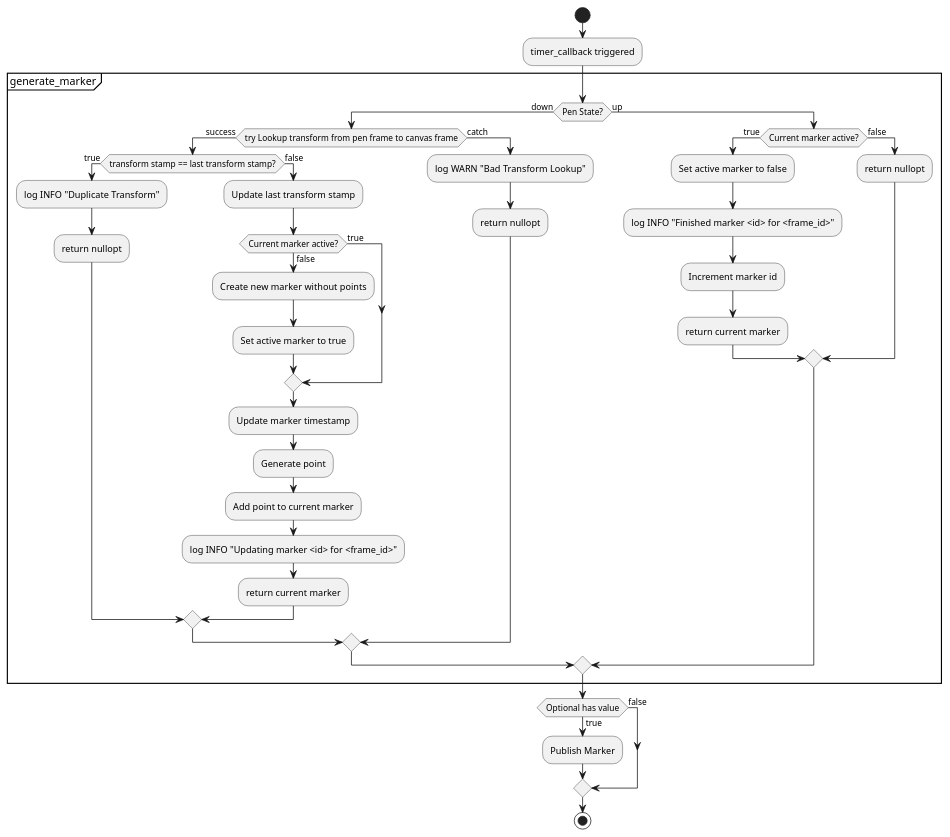
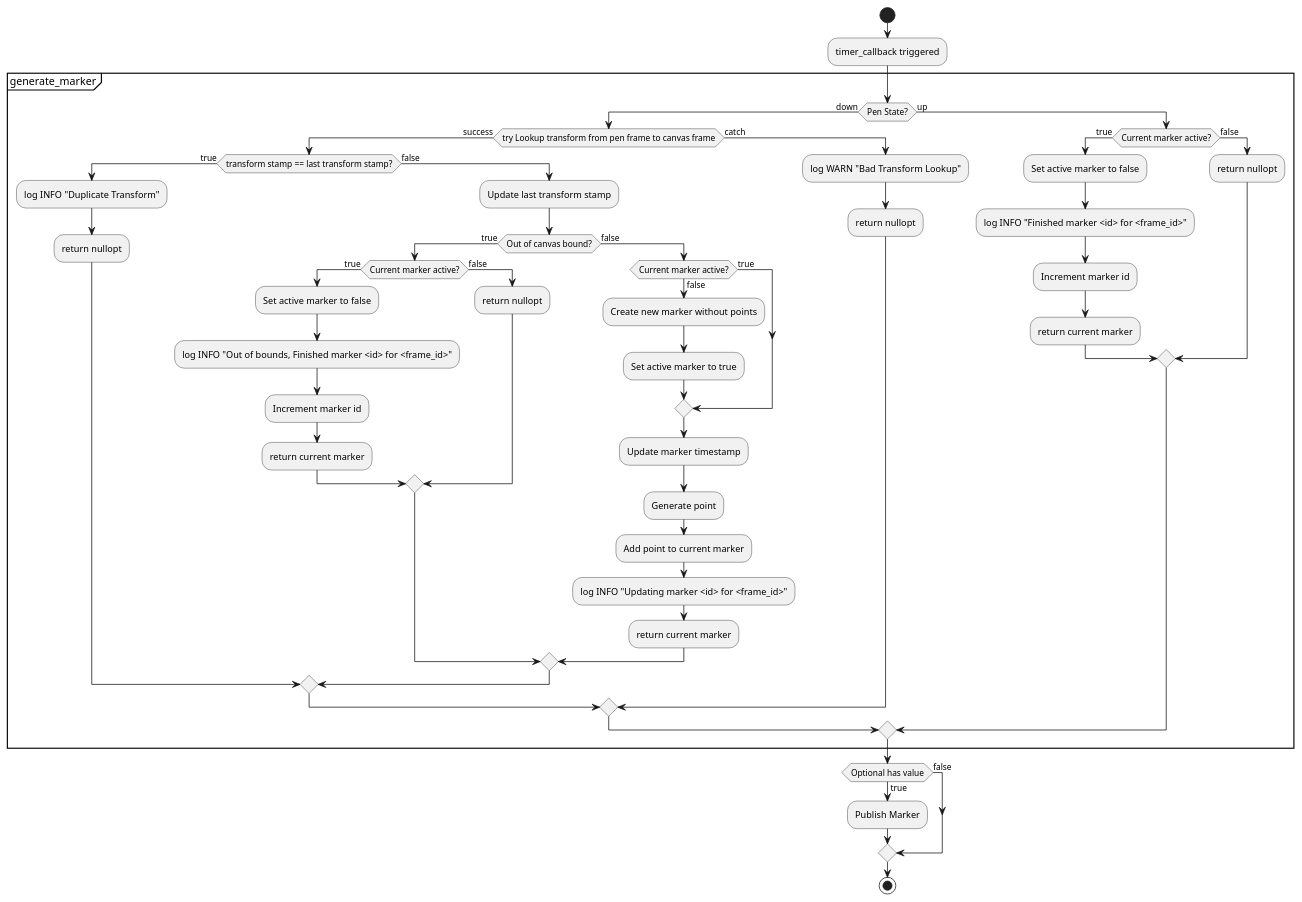
One commit to zbrotherton/RRC-RAI-ROS2 changed the second of 2 diagrams in docs/puml/pen_visualizer.puml. Above: the diagram before and after it, drawn with PlantUML. The commit also changed 4 other files, not shown here.

Commit message:
Add canvas bounds checking

```diff
--- a/docs/puml/pen_visualizer.puml
+++ b/docs/puml/pen_visualizer.puml
@@ -36,43 +36,54 @@
 @startuml PenVisualizerActivity
 start
 :timer_callback triggered;
 partition "generate_marker" {
     if (Pen State?) then (down)
         if (try Lookup transform from pen frame to canvas frame) then (success)
             if (transform stamp == last transform stamp?) then (true)
                 :log INFO "Duplicate Transform";
                 :return nullopt;
             else(false)
                 :Update last transform stamp;
-                if(Current marker active?) then (true)
+                if(Out of canvas bound?) then (true)
+                    if(Current marker active?) then (true)
+                        :Set active marker to false;
+                        :log INFO "Out of bounds, Finished marker <id> for <frame_id>";
+                        :Increment marker id;
+                        :return current marker;
+                    else (false)
+                        :return nullopt;
+                    endif
                 else (false)
-                    :Create new marker without points;
-                    :Set active marker to true;
+                    if(Current marker active?) then (true)
+                    else (false)
+                        :Create new marker without points;
+                        :Set active marker to true;
+                    endif
+                    :Update marker timestamp;
+                    :Generate point;
+                    :Add point to current marker;
+                    :log INFO "Updating marker <id> for <frame_id>";
+                    :return current marker;
                 endif
-                :Update marker timestamp;
-                :Generate point;
-                :Add point to current marker;
-                :log INFO "Updating marker <id> for <frame_id>";
-                :return current marker;
             endif
         else (catch)
             :log WARN "Bad Transform Lookup";
             :return nullopt;
         endif
         else (up)
             if(Current marker active?) then (true)
                 :Set active marker to false;
                 :log INFO "Finished marker <id> for <frame_id>";
                 :Increment marker id;
                 :return current marker;
             else (false)
                 :return nullopt;
             endif
         endif
     }
     if (Optional has value) then (true)
         :Publish Marker;
     else (false)
     endif
 stop
 @enduml
```
